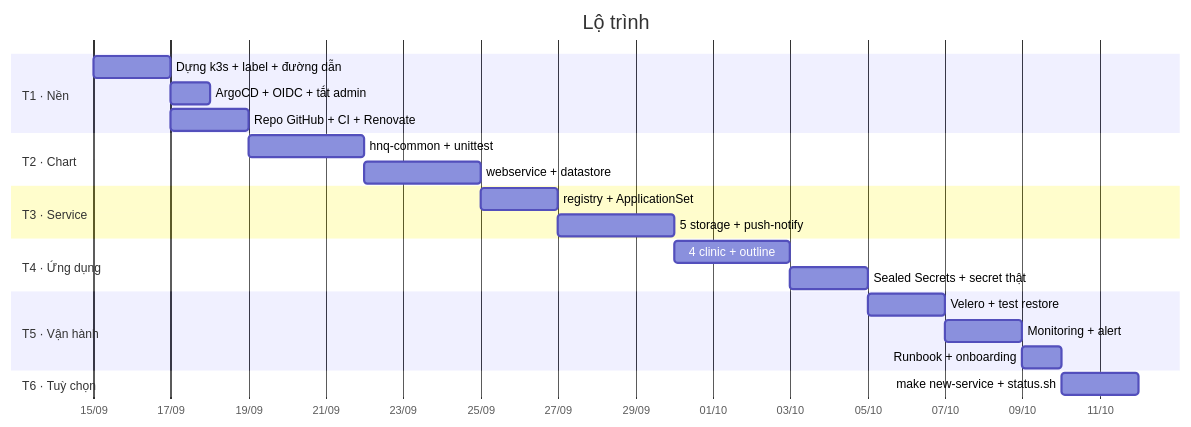
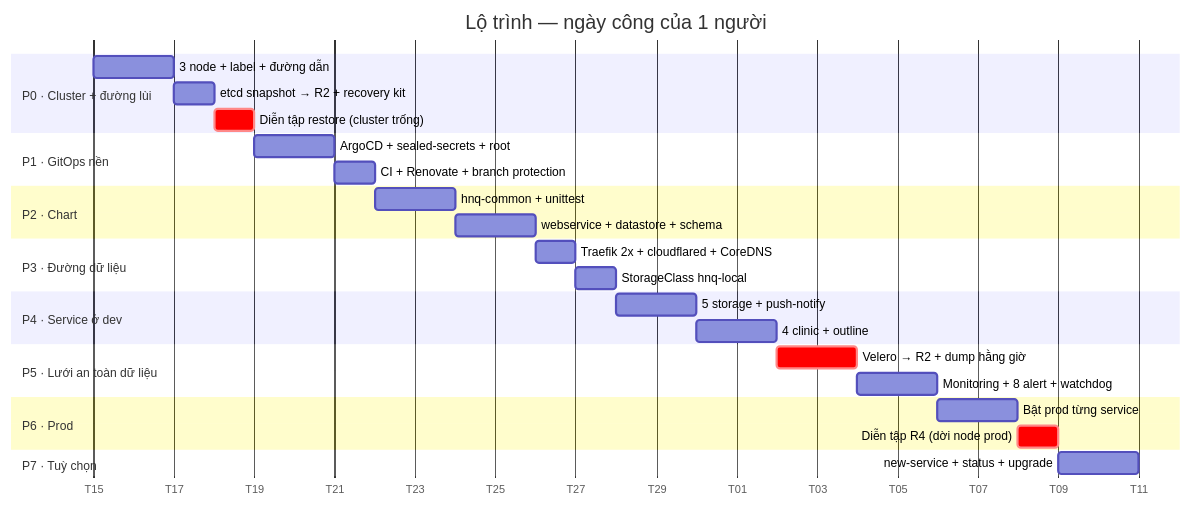
Before and after one commit to hunho247/HNQ-Infra: the fifth of 5 diagrams in docs/REFACTOR_PLAN.md, drawn with Mermaid. The commit also changed other lines of this file and 4 other files, not shown here.

First line of the commit message:
docs: refactor plan for 1 master + 2 local nodes, single operator, fast recovery

````diff
--- a/docs/REFACTOR_PLAN.md
+++ b/docs/REFACTOR_PLAN.md
@@ -893,31 +1254,38 @@
 ```mermaid
 gantt
-  title Lộ trình
+  title Lộ trình — ngày công của 1 người
   dateFormat YYYY-MM-DD
-  axisFormat %d/%m
+  axisFormat T%d
 
-  section T1 · Nền
-  Dựng k3s + label + đường dẫn   :a1, 2026-09-15, 2d
-  ArgoCD + OIDC + tắt admin      :a2, after a1, 1d
-  Repo GitHub + CI + Renovate    :a3, after a1, 2d
+  section P0 · Cluster + đường lùi
+  3 node + label + đường dẫn        :a1, 2026-09-15, 2d
+  etcd snapshot → R2 + recovery kit :a2, after a1, 1d
+  Diễn tập restore (cluster trống)  :crit, a3, after a2, 1d
 
-  section T2 · Chart
-  hnq-common + unittest          :b1, after a3, 3d
-  webservice + datastore         :b2, after b1, 3d
+  section P1 · GitOps nền
+  ArgoCD + sealed-secrets + root    :b1, after a3, 2d
+  CI + Renovate + branch protection :b2, after b1, 1d
 
-  section T3 · Service
-  registry + ApplicationSet      :c1, after b2, 2d
-  5 storage + push-notify        :c2, after c1, 3d
+  section P2 · Chart
+  hnq-common + unittest             :c1, after b2, 2d
+  webservice + datastore + schema   :c2, after c1, 2d
 
-  section T4 · Ứng dụng
-  4 clinic + outline             :d1, after c2, 3d
-  Sealed Secrets + secret thật   :d2, after d1, 2d
+  section P3 · Đường dữ liệu
+  Traefik 2x + cloudflared + CoreDNS:d1, after c2, 1d
+  StorageClass hnq-local            :d2, after d1, 1d
 
-  section T5 · Vận hành
-  Velero + test restore          :e1, after d2, 2d
-  Monitoring + alert             :e2, after e1, 2d
-  Runbook + onboarding           :e3, after e2, 1d
+  section P4 · Service ở dev
+  5 storage + push-notify           :e1, after d2, 2d
+  4 clinic + outline                :e2, after e1, 2d
 
-  section T6 · Tuỳ chọn
-  make new-service + status.sh   :f1, after e3, 2d
+  section P5 · Lưới an toàn dữ liệu
+  Velero → R2 + dump hằng giờ       :crit, f1, after e2, 2d
+  Monitoring + 8 alert + watchdog   :f2, after f1, 2d
+
+  section P6 · Prod
+  Bật prod từng service             :g1, after f2, 2d
+  Diễn tập R4 (dời node prod)       :crit, g2, after g1, 1d
+
+  section P7 · Tuỳ chọn
+  new-service + status + upgrade    :h1, after g2, 2d
 ```
````
